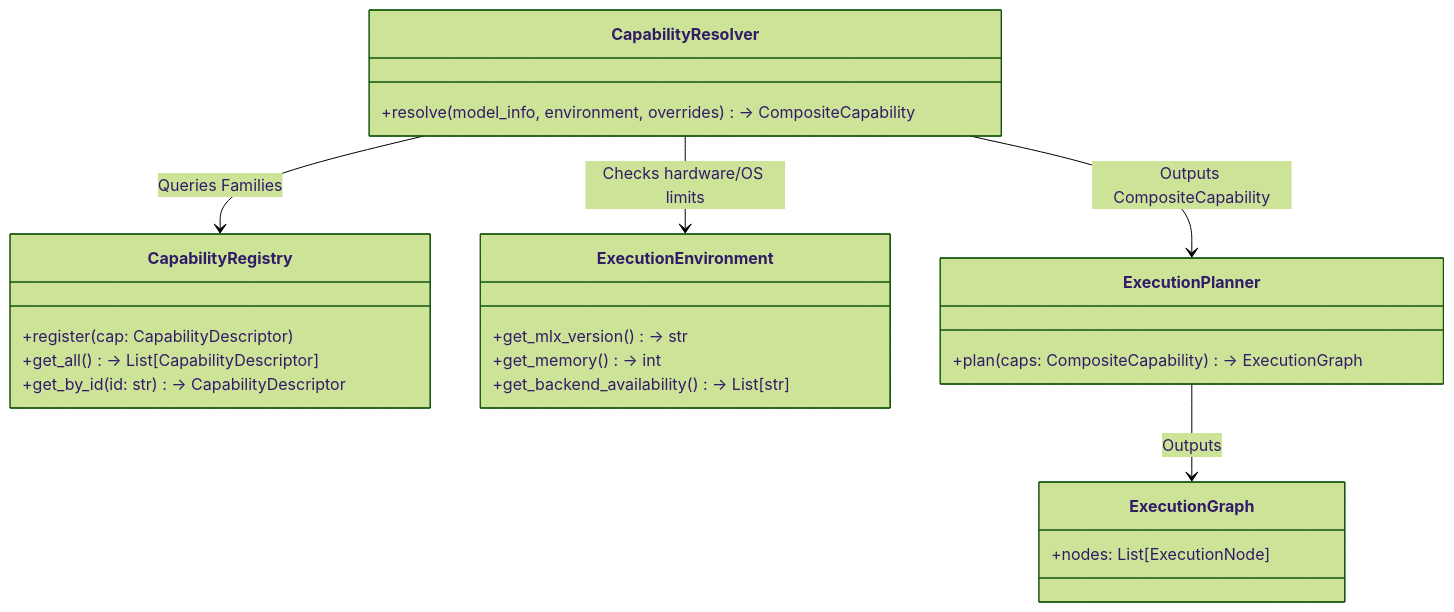
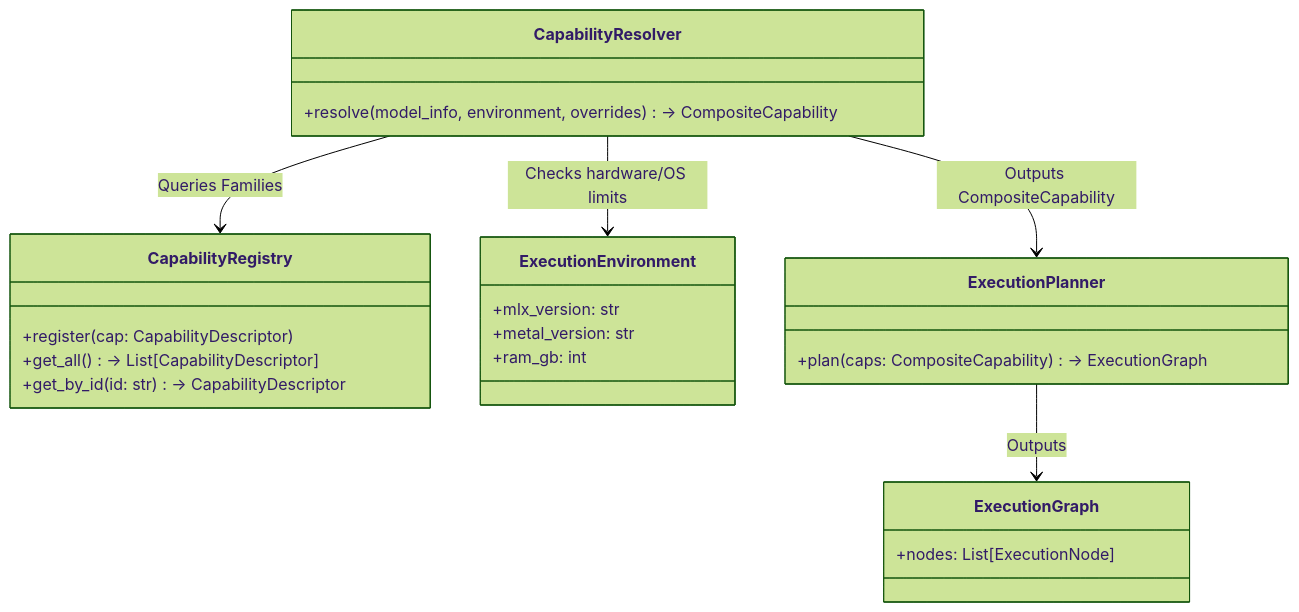
Before and after one commit to techychamp/omlx: the first of 2 diagrams in docs/plan_docs/RAES-008.md, drawn with Mermaid (forest theme). The commit also changed other lines of this file, not shown here.

````diff
--- a/docs/plan_docs/RAES-008.md
+++ b/docs/plan_docs/RAES-008.md
@@ -173,26 +185,26 @@
 ```mermaid
 classDiagram
     class CapabilityRegistry {
         +register(cap: CapabilityDescriptor)
         +get_all() -> List[CapabilityDescriptor]
         +get_by_id(id: str) -> CapabilityDescriptor
     }
     class ExecutionEnvironment {
-        +get_mlx_version() -> str
-        +get_memory() -> int
-        +get_backend_availability() -> List[str]
+        +mlx_version: str
+        +metal_version: str
+        +ram_gb: int
     }
     class CapabilityResolver {
         +resolve(model_info, environment, overrides) -> CompositeCapability
     }
     class ExecutionPlanner {
         +plan(caps: CompositeCapability) -> ExecutionGraph
     }
     class ExecutionGraph {
         +nodes: List[ExecutionNode]
     }
     CapabilityResolver --> CapabilityRegistry : Queries Families
     CapabilityResolver --> ExecutionEnvironment : Checks hardware/OS limits
     CapabilityResolver --> ExecutionPlanner : Outputs CompositeCapability
     ExecutionPlanner --> ExecutionGraph : Outputs
 ```
````
